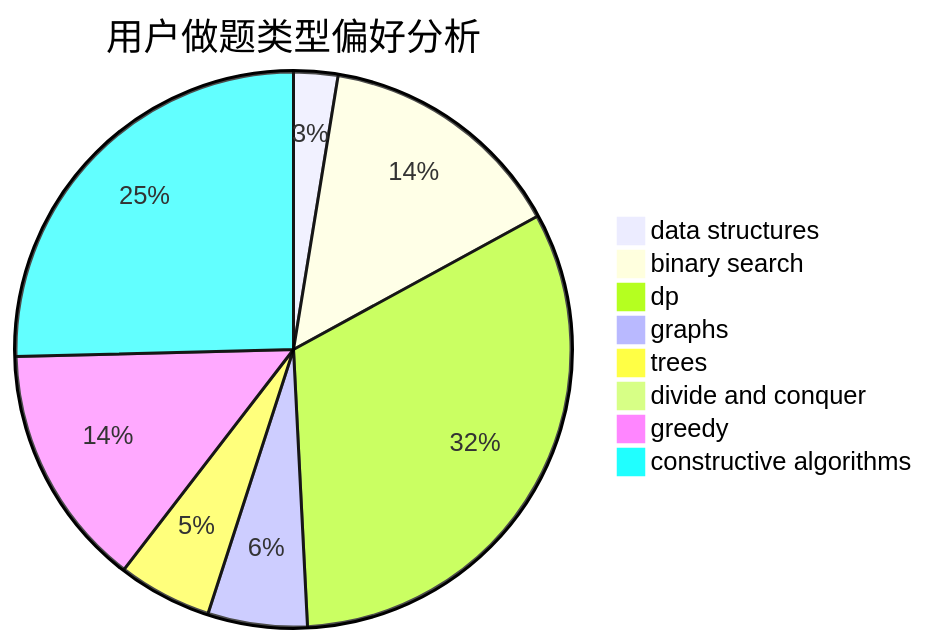
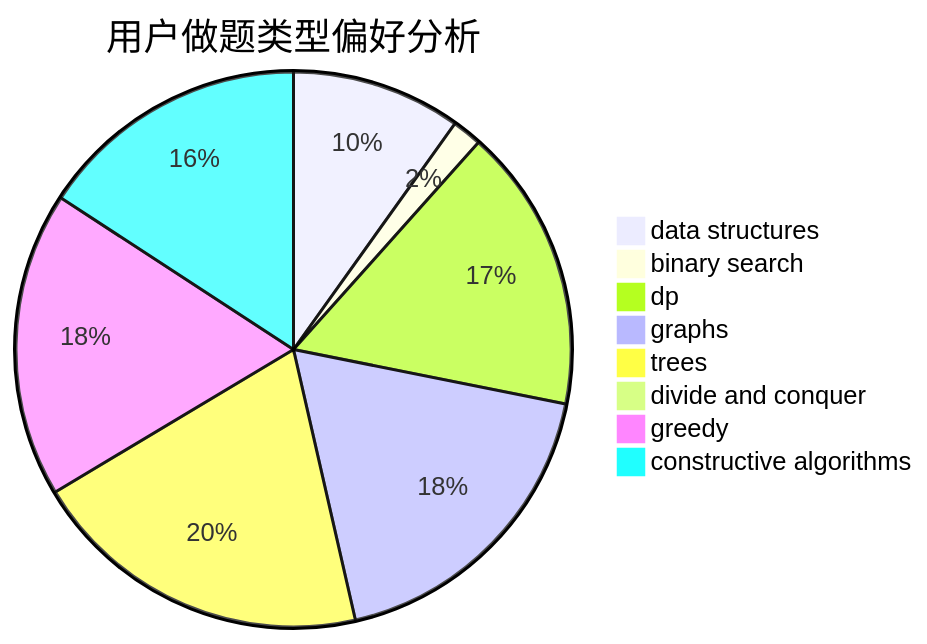
Before and after one commit to sherpahu/cfrs.github.io: the second of 3 diagrams in docs/user/u2672.md, drawn with Mermaid. The commit also changed other lines of this file and 2770 other files, not shown here.

````diff
--- a/docs/user/u2672.md
+++ b/docs/user/u2672.md
@@ -23,11 +23,11 @@
 ```mermaid
 pie title 用户做题类型偏好分析
-    "data structures" :  8
-    "binary search" :  45
-    "dp" :  100
-    "graphs" :  18
-    "trees" :  17
+    "data structures" :  40
+    "binary search" :  7
+    "dp" :  67
+    "graphs" :  74
+    "trees" :  81
     "divide and conquer" :  0
-    "greedy" :  44
-    "constructive algorithms" :  79
+    "greedy" :  72
+    "constructive algorithms" :  64
 ```
````
